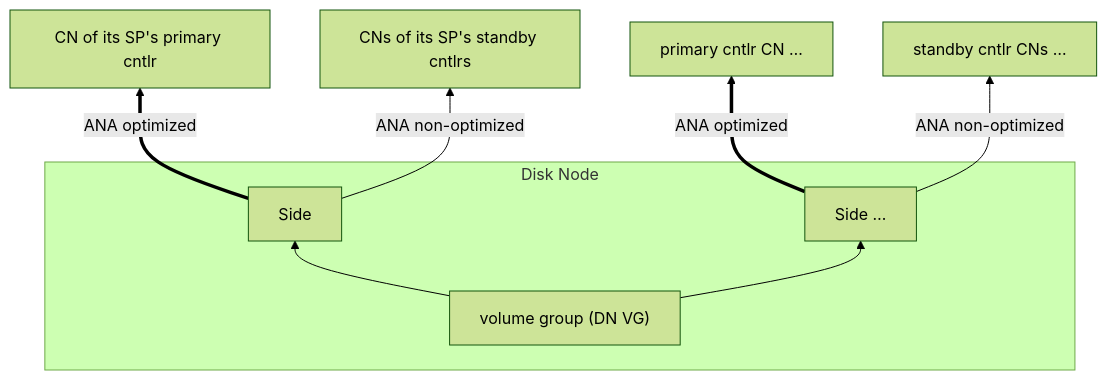
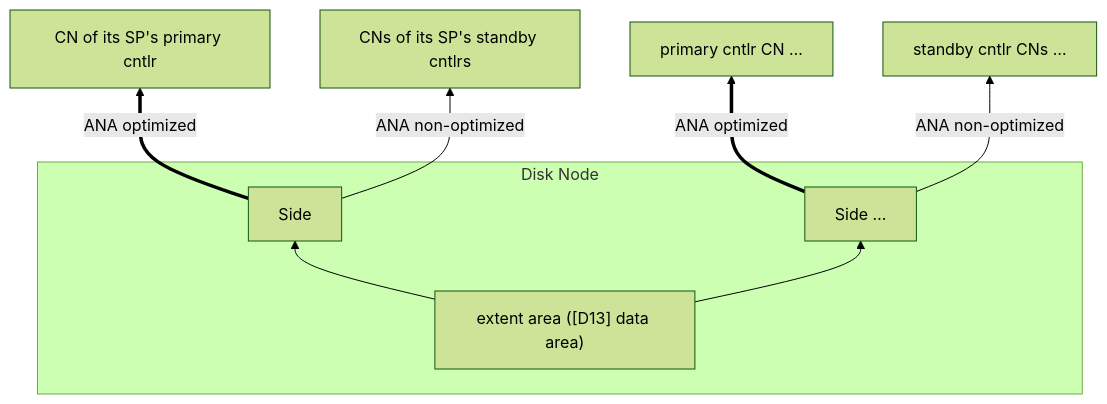
One commit to distributed-nvme/distributed-nvme changed the second of 11 diagrams in doc/architecture.md. Above: the diagram before and after it, drawn with Mermaid (forest theme). The commit also changed other lines of this file and 50 other files, not shown here.

````diff
--- a/doc/architecture.md
+++ b/doc/architecture.md
@@ -150,14 +150,14 @@
 ```mermaid
 flowchart BT
     subgraph dn["Disk Node"]
-        VG["volume group (DN VG)"]
+        VG["extent area ([D13] data area)"]
         S0["Side"]
         S1["Side …"]
         VG --> S0
         VG --> S1
     end
     S0 ==>|"ANA optimized"| P0["CN of its SP's primary cntlr"]
     S0 -->|"ANA non-optimized"| B0["CNs of its SP's standby cntlrs"]
     S1 ==>|"ANA optimized"| P1["primary cntlr CN …"]
     S1 -->|"ANA non-optimized"| B1["standby cntlr CNs …"]
 ```
````
